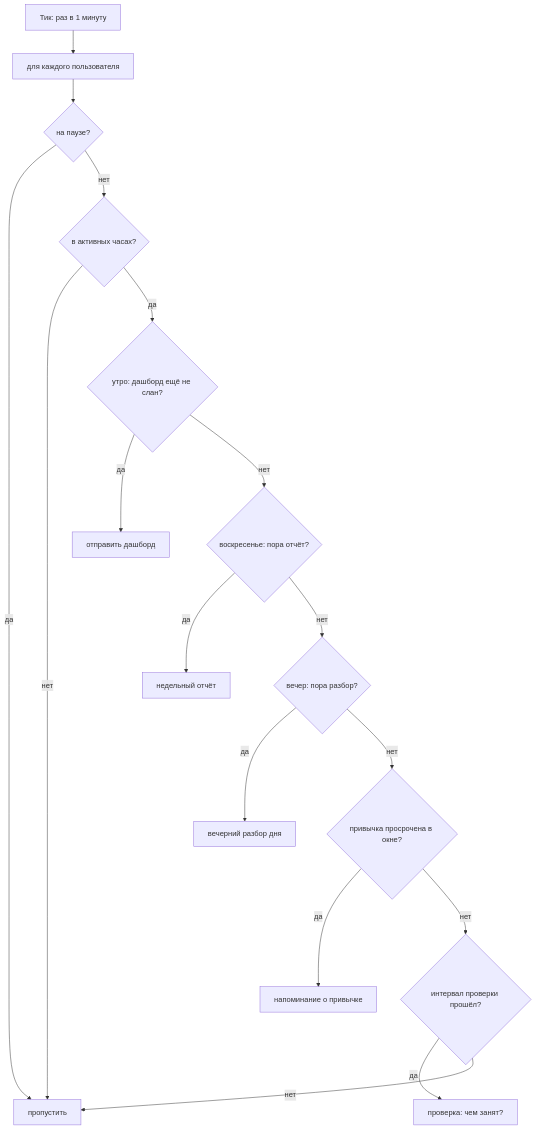
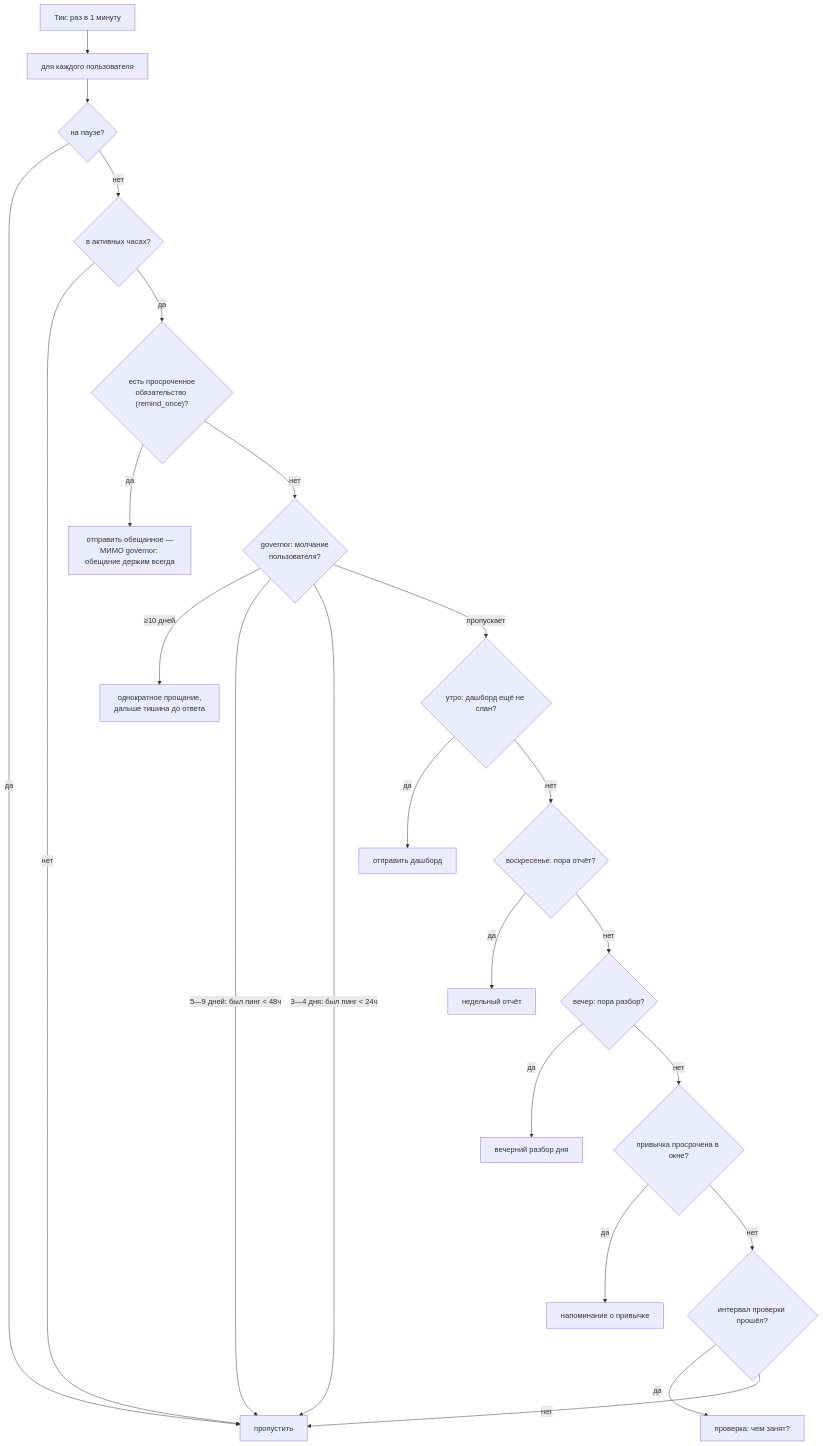
Before and after one commit to shmalex/parsonalassistance: the third of 8 diagrams in docs/architecture.md, drawn with Mermaid. The commit also changed other lines of this file and 16 other files, not shown here.

````diff
--- a/docs/architecture.md
+++ b/docs/architecture.md
@@ -107,19 +107,25 @@
 ```mermaid
 flowchart TD
     T["Тик: раз в 1 минуту"] --> L["для каждого пользователя"]
     L --> P{"на паузе?"}
     P -->|да| SKIP["пропустить"]
     P -->|нет| AH{"в активных часах?"}
     AH -->|нет| SKIP
-    AH -->|да| MB{"утро: дашборд ещё не слан?"}
+    AH -->|да| CM{"есть просроченное<br/>обязательство (remind_once)?"}
+    CM -->|да| S0["отправить обещанное —<br/>МИМО governor: обещание держим всегда"]
+    CM -->|нет| GV{"governor: молчание<br/>пользователя?"}
+    GV -->|"≥10 дней"| FW["однократное прощание,<br/>дальше тишина до ответа"]
+    GV -->|"5—9 дней: был пинг < 48ч"| SKIP
+    GV -->|"3—4 дня: был пинг < 24ч"| SKIP
+    GV -->|"пропускает"| MB{"утро: дашборд ещё не слан?"}
     MB -->|да| S1["отправить дашборд"]
     MB -->|нет| WR{"воскресенье: пора отчёт?"}
     WR -->|да| S2["недельный отчёт"]
     WR -->|нет| EV{"вечер: пора разбор?"}
     EV -->|да| S3["вечерний разбор дня"]
     EV -->|нет| HB{"привычка просрочена в окне?"}
     HB -->|да| S4["напоминание о привычке"]
     HB -->|нет| CI{"интервал проверки прошёл?"}
     CI -->|да| S5["проверка: чем занят?"]
     CI -->|нет| SKIP
 ```
````
